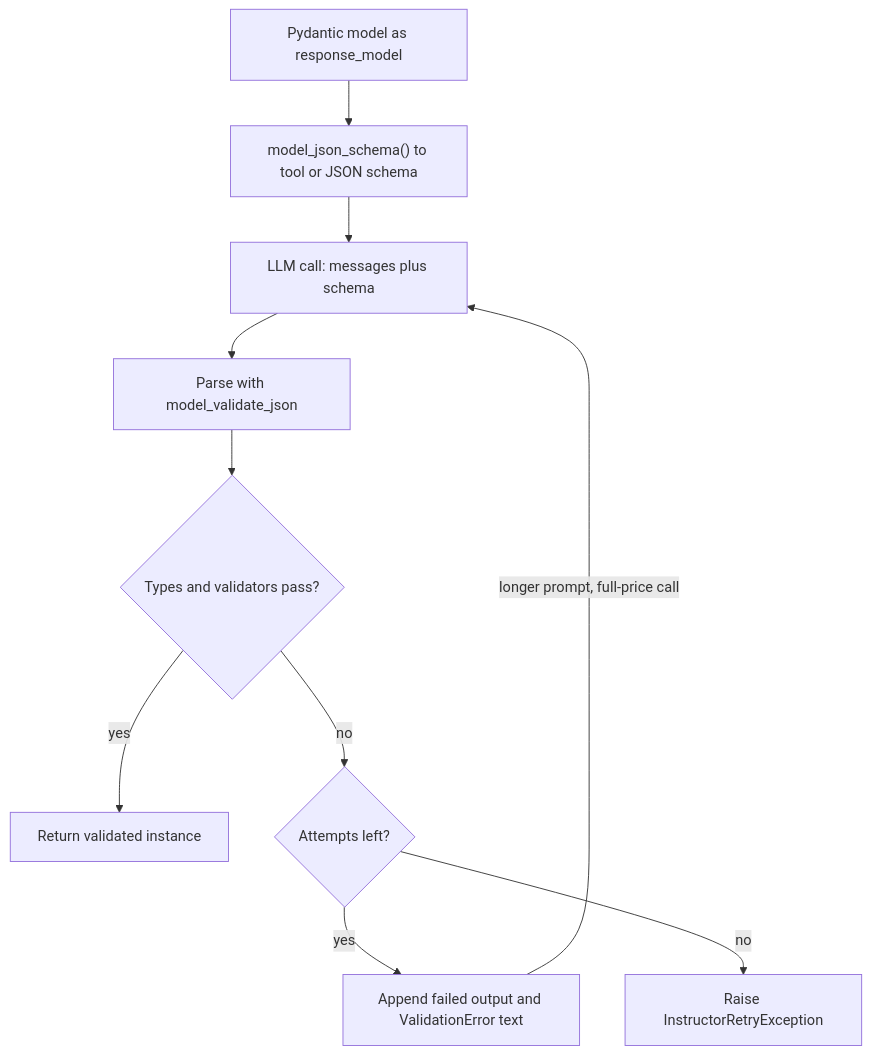
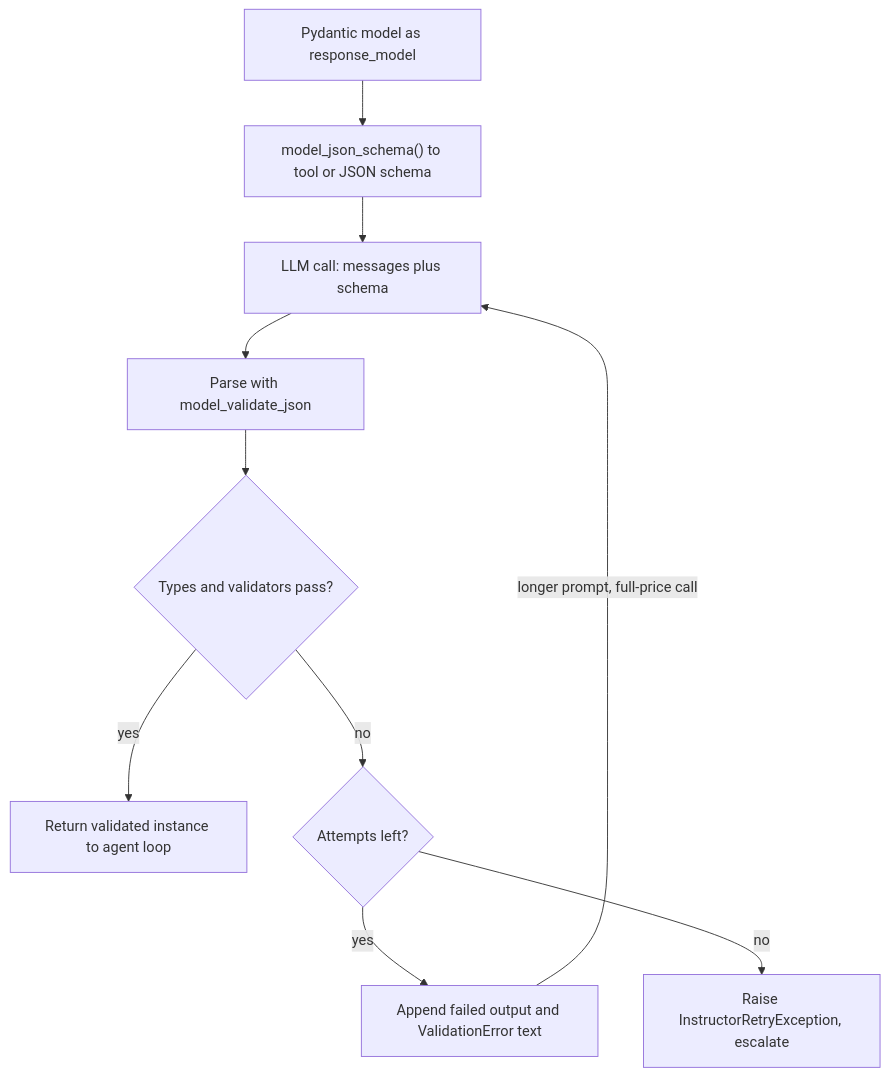
One commit to lovishmahajan97/agentic-learning changed the diagram in content/python-for-ai/instructor.md. Above: the diagram before and after it, drawn with Mermaid. The commit also changed other lines of this file and 266 other files, not shown here.

````diff
--- a/content/python-for-ai/instructor.md
+++ b/content/python-for-ai/instructor.md
@@ -127,12 +156,12 @@
 ```mermaid
 flowchart TD
     M["Pydantic model as response_model"] --> S["model_json_schema() to tool or JSON schema"]
     S --> C["LLM call: messages plus schema"]
     C --> P["Parse with model_validate_json"]
     P --> V{"Types and validators pass?"}
-    V -->|"yes"| O["Return validated instance"]
+    V -->|"yes"| O["Return validated instance to agent loop"]
     V -->|"no"| R{"Attempts left?"}
     R -->|"yes"| A["Append failed output and ValidationError text"]
     A -->|"longer prompt, full-price call"| C
-    R -->|"no"| E["Raise InstructorRetryException"]
+    R -->|"no"| E["Raise InstructorRetryException, escalate"]
 ```
````
